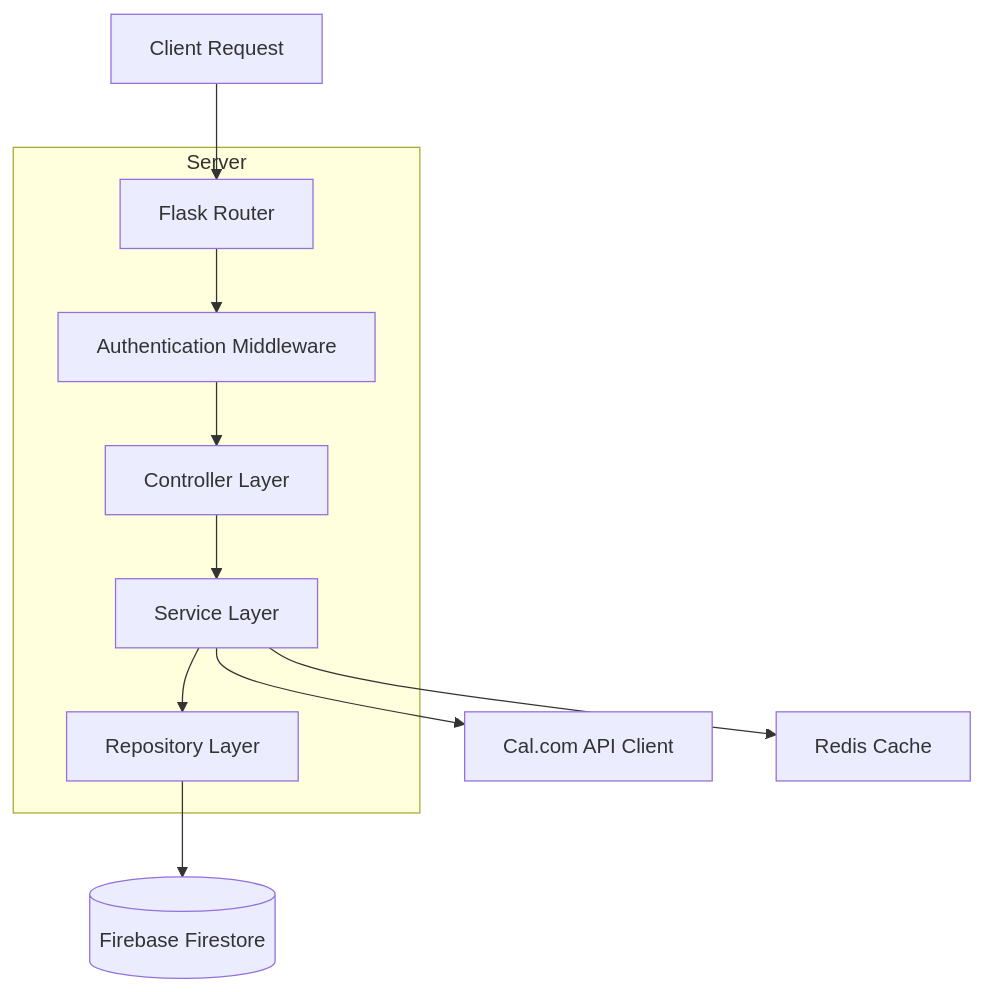
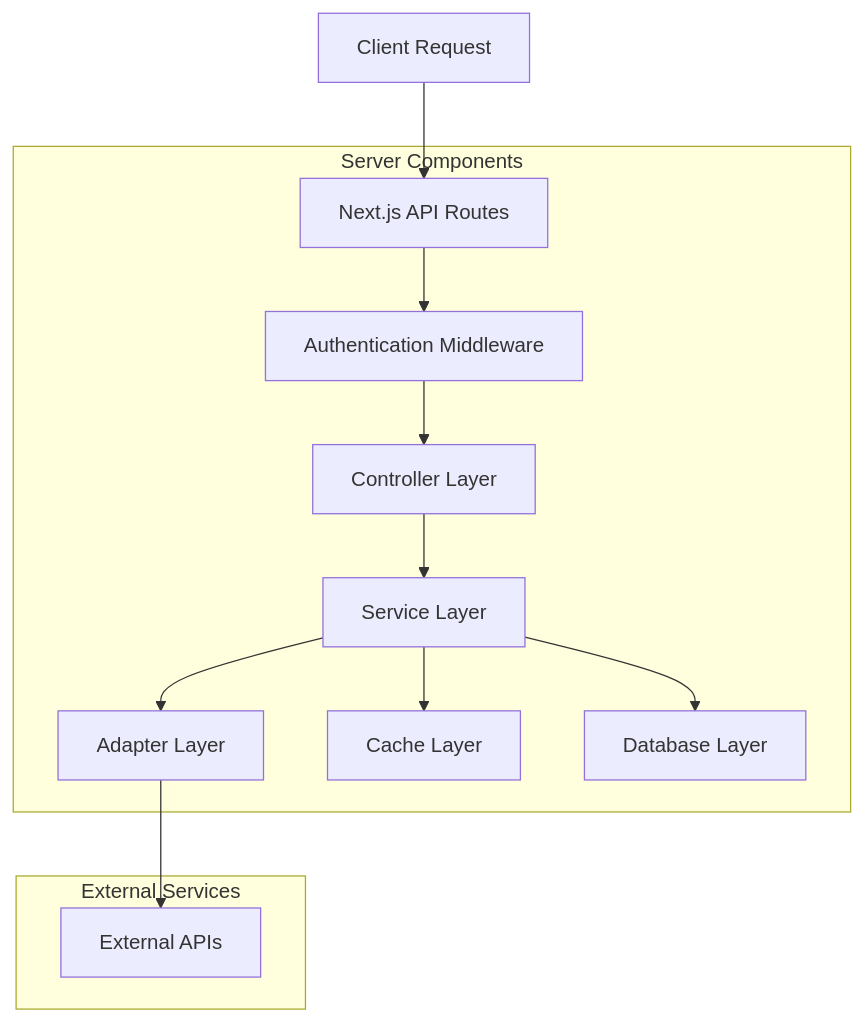
Before and after one commit to b0mung51/SF-AI-Vibe-Coding-Hackathon: the second of 3 diagrams in .trae/documents/calendar_connection_app_technical_architecture.md, drawn with Mermaid. The commit also changed other lines of this file and 39 other files, not shown here.

````diff
--- a/.trae/documents/calendar_connection_app_technical_architecture.md
+++ b/.trae/documents/calendar_connection_app_technical_architecture.md
@@ -128,19 +144,25 @@
 ```mermaid
 graph TD
-  A[Client Request] --> B[Flask Router]
-  B --> C[Authentication Middleware]
-  C --> D[Controller Layer]
-  D --> E[Service Layer]
-  E --> F[Repository Layer]
-  F --> G[(Firebase Firestore)]
-  E --> H[Cal.com API Client]
-  E --> I[Redis Cache]
+    A[Client Request] --> B[Next.js API Routes]
+    B --> C[Authentication Middleware]
+    C --> D[Controller Layer]
+    D --> E[Service Layer]
+    E --> F[Adapter Layer]
+    F --> G[External APIs]
+    E --> H[Cache Layer]
+    E --> I[Database Layer]
 
-  subgraph Server
-      B
-      C
-      D
-      E
-      F
-  end
+    subgraph "Server Components"
+        B
+        C
+        D
+        E
+        F
+        H
+        I
+    end
+
+    subgraph "External Services"
+        G
+    end
 ```
````
